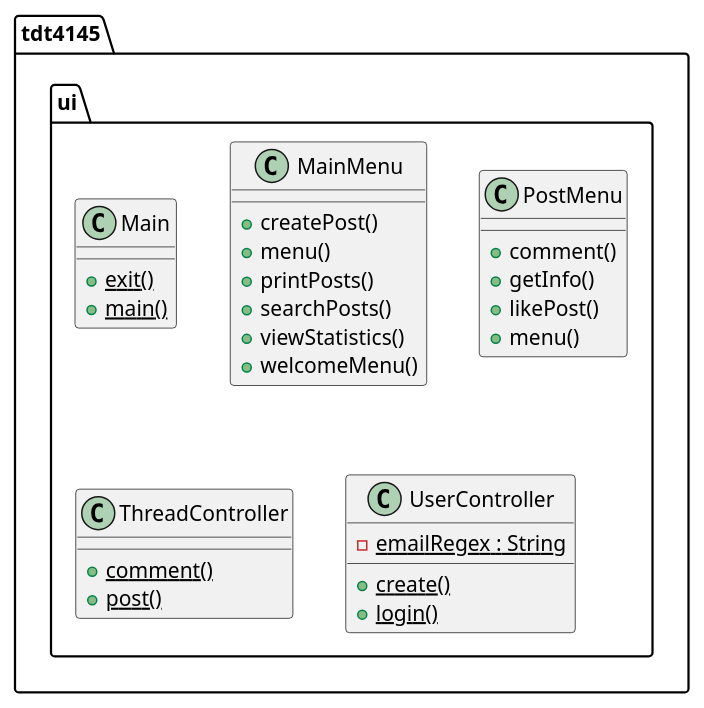
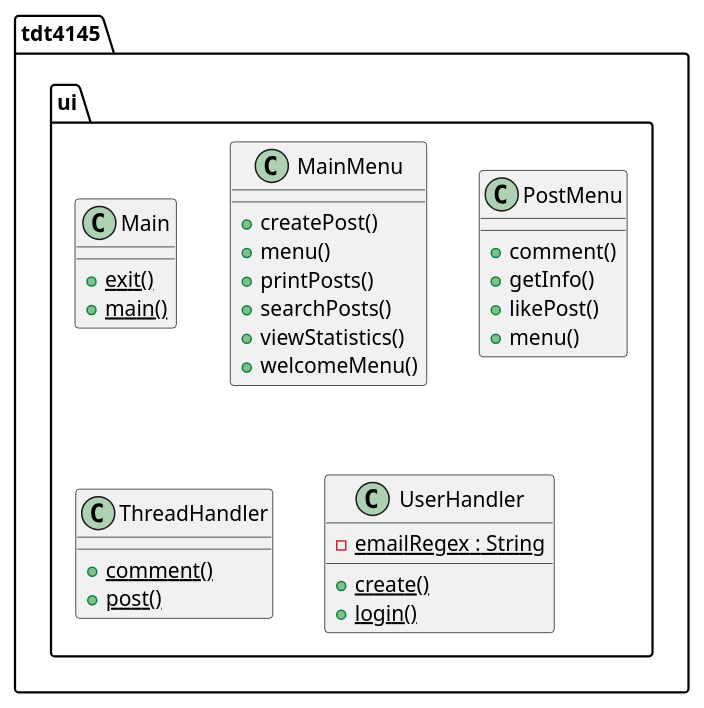
One commit to StefanTomic-NTNU/piazza changed the diagram in documentation/UML/ui.plantuml. Above: the diagram before and after it, drawn with PlantUML. The commit also changed 3 other files, not shown here.

```diff
--- a/documentation/UML/ui.plantuml
+++ b/documentation/UML/ui.plantuml
@@ -1,48 +1,47 @@
 @startuml
   namespace tdt4145.ui {
     class tdt4145.ui.Main {
         {static} + exit()
         {static} + main()
     }
   }
   
 
   namespace tdt4145.ui {
     class tdt4145.ui.MainMenu {
         + createPost()
         + menu()
         + printPosts()
         + searchPosts()
         + viewStatistics()
         + welcomeMenu()
     }
   }
   
 
   namespace tdt4145.ui {
     class tdt4145.ui.PostMenu {
         + comment()
         + getInfo()
         + likePost()
         + menu()
     }
   }
   
 
   namespace tdt4145.ui {
-    class tdt4145.ui.ThreadController {
+    class tdt4145.ui.ThreadHandler {
         {static} + comment()
         {static} + post()
     }
   }
   
 
   namespace tdt4145.ui {
-    class tdt4145.ui.UserController {
+    class tdt4145.ui.UserHandler {
         {static} - emailRegex : String
         {static} + create()
         {static} + login()
     }
   }
-
 @enduml
```
